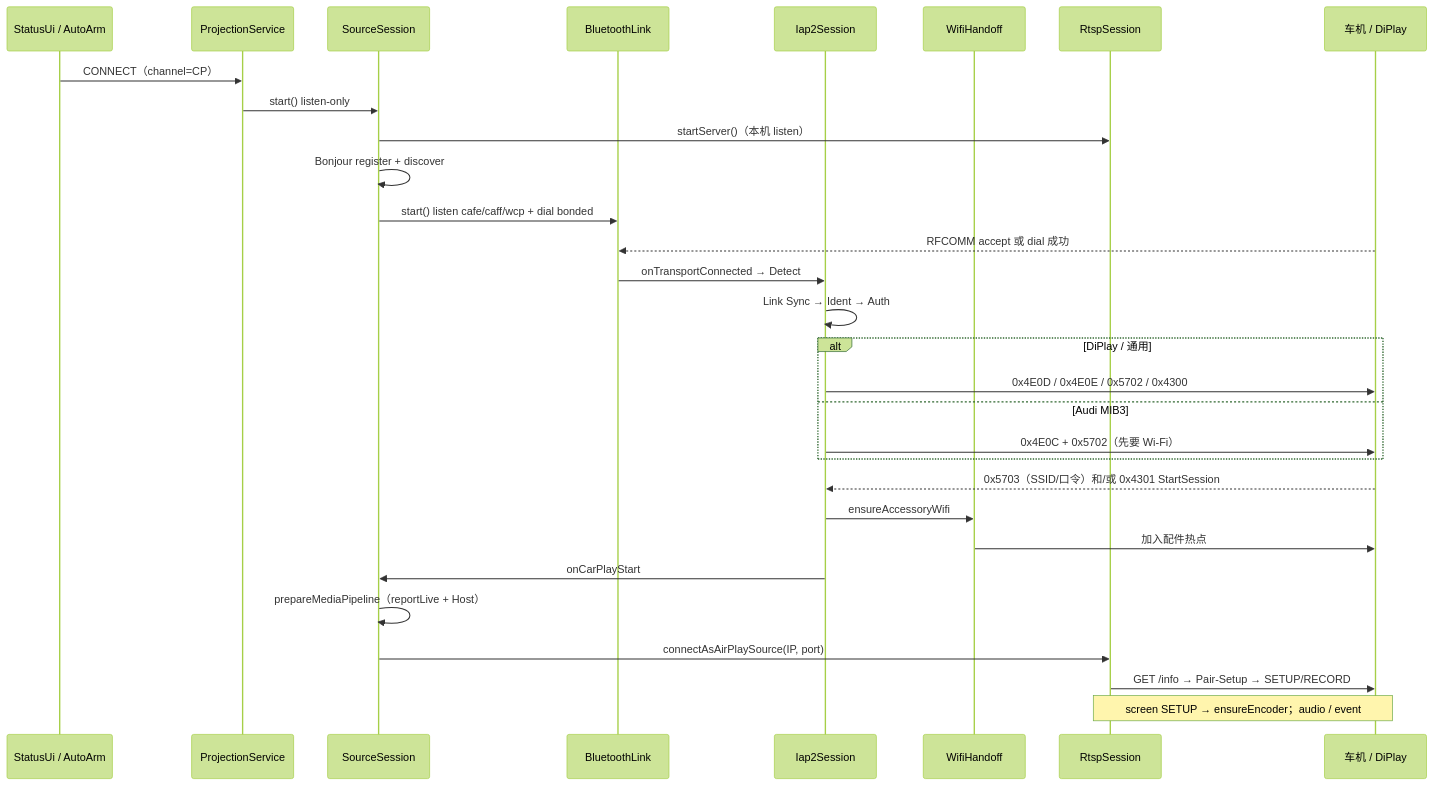
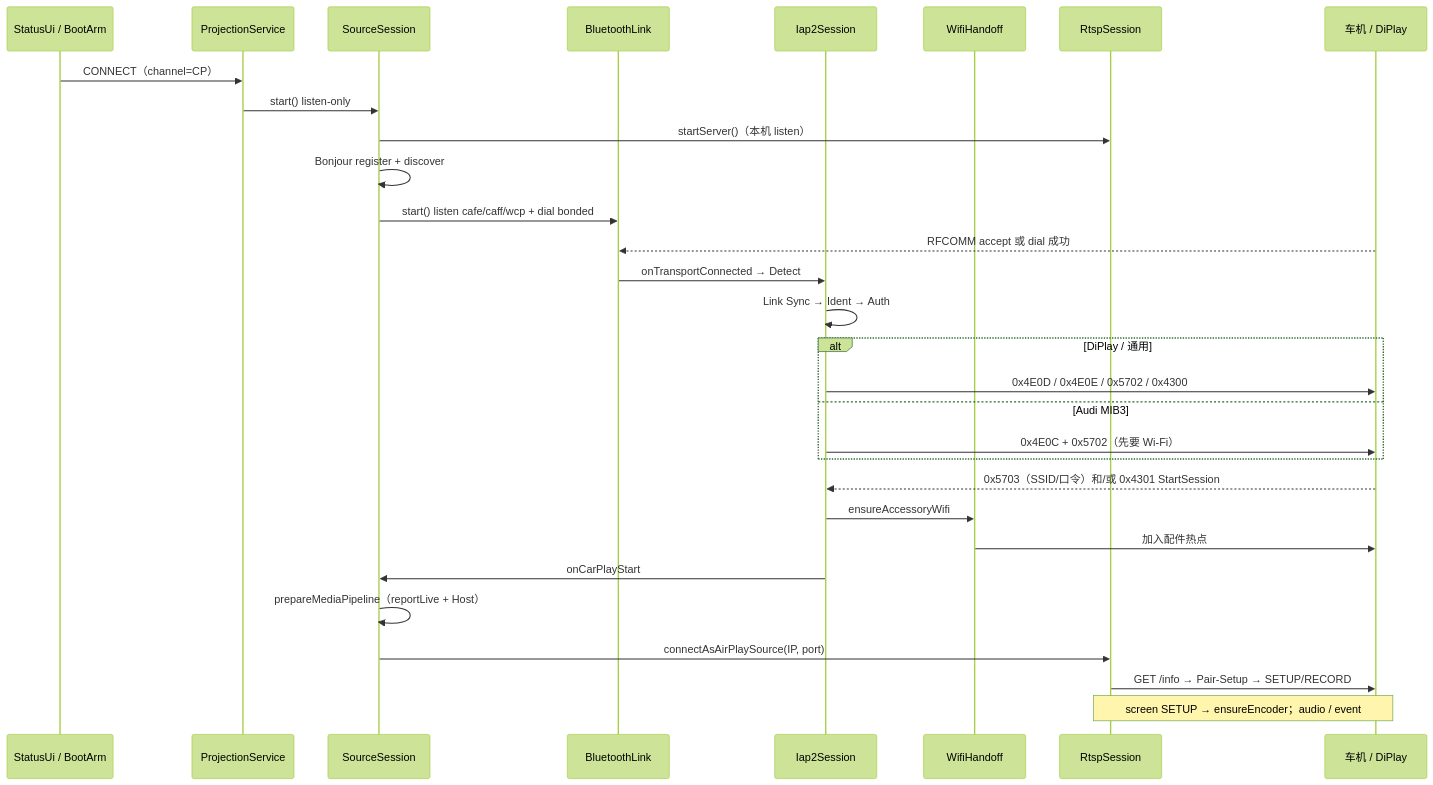
Before and after one commit to lagXkjy/AADisplay: the diagram in docs/CARPLAY_CONNECT.md, drawn with Mermaid (forest theme). The commit also changed other lines of this file and 7 other files, not shown here.

````diff
--- a/docs/CARPLAY_CONNECT.md
+++ b/docs/CARPLAY_CONNECT.md
@@ -56,33 +55,33 @@
 ```mermaid
 sequenceDiagram
-    participant UI as StatusUi / AutoArm
+    participant UI as StatusUi / BootArm
     participant FGS as ProjectionService
     participant SS as SourceSession
     participant BT as BluetoothLink
     participant IAP as Iap2Session
     participant WIFI as WifiHandoff
     participant RTSP as RtspSession
     participant HU as 车机 / DiPlay
 
     UI->>FGS: CONNECT（channel=CP）
     FGS->>SS: start() listen-only
     SS->>RTSP: startServer()（本机 listen）
     SS->>SS: Bonjour register + discover
     SS->>BT: start() listen cafe/caff/wcp + dial bonded
     HU-->>BT: RFCOMM accept 或 dial 成功
     BT->>IAP: onTransportConnected → Detect
     IAP->>IAP: Link Sync → Ident → Auth
     alt DiPlay / 通用
         IAP->>HU: 0x4E0D / 0x4E0E / 0x5702 / 0x4300
     else Audi MIB3
         IAP->>HU: 0x4E0C + 0x5702（先要 Wi‑Fi）
     end
     HU-->>IAP: 0x5703（SSID/口令）和/或 0x4301 StartSession
     IAP->>WIFI: ensureAccessoryWifi
     WIFI->>HU: 加入配件热点
     IAP->>SS: onCarPlayStart
     SS->>SS: prepareMediaPipeline（reportLive + Host）
     SS->>RTSP: connectAsAirPlaySource(IP, port)
     RTSP->>HU: GET /info → Pair-Setup → SETUP/RECORD
     Note over RTSP,HU: screen SETUP → ensureEncoder；audio / event
 ```
````
